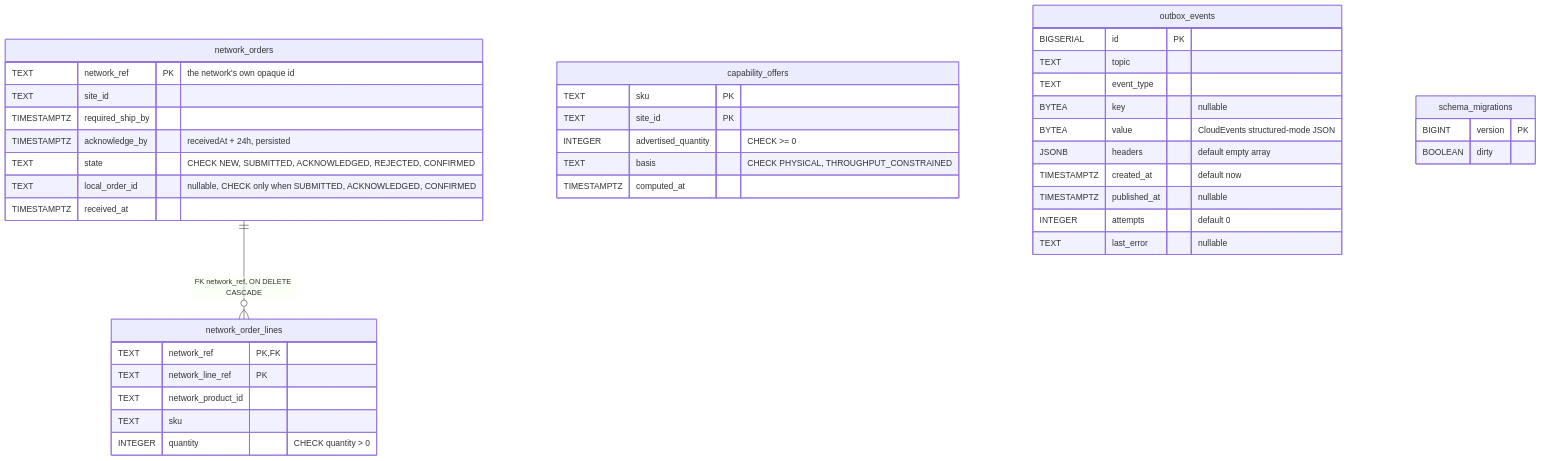
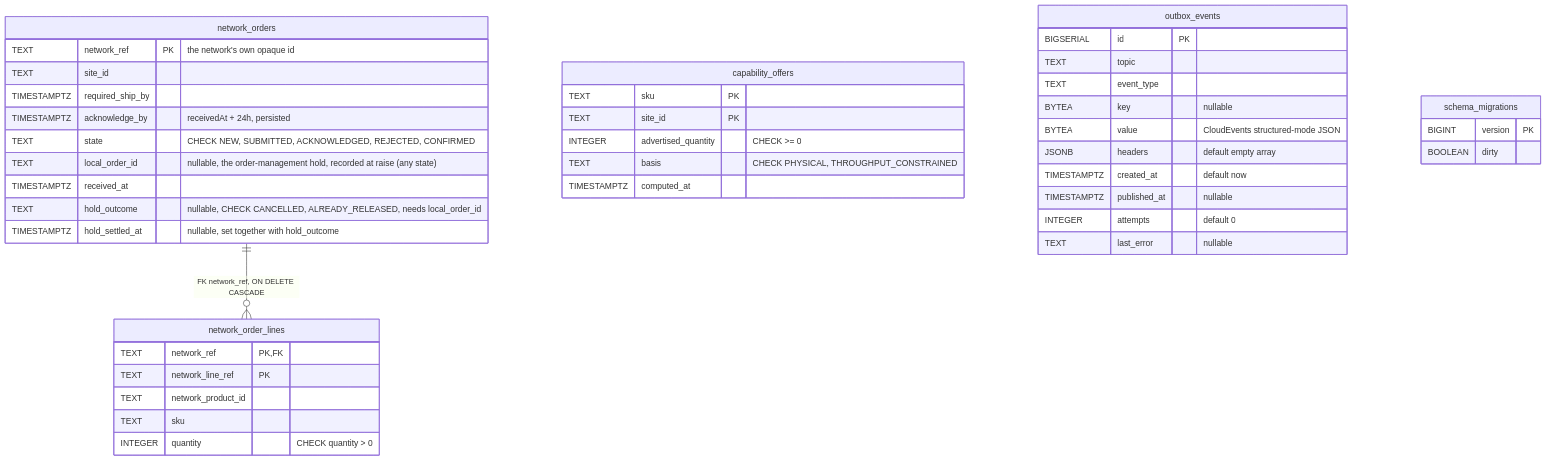
The first of 2 diagrams in docs/contexts/network-fulfillment/entity-relationship.md (IQVO/warehouse-docs), drawn with Mermaid before and after one commit. The commit also changed other lines of this file and 53 other files, not shown here.

````diff
--- a/docs/contexts/network-fulfillment/entity-relationship.md
+++ b/docs/contexts/network-fulfillment/entity-relationship.md
@@ -29,43 +30,45 @@
 ```mermaid
 erDiagram
     network_orders ||--o{ network_order_lines : "FK network_ref, ON DELETE CASCADE"
     network_orders {
         TEXT network_ref PK "the network's own opaque id"
         TEXT site_id
         TIMESTAMPTZ required_ship_by
         TIMESTAMPTZ acknowledge_by "receivedAt + 24h, persisted"
         TEXT state "CHECK NEW, SUBMITTED, ACKNOWLEDGED, REJECTED, CONFIRMED"
-        TEXT local_order_id "nullable, CHECK only when SUBMITTED, ACKNOWLEDGED, CONFIRMED"
+        TEXT local_order_id "nullable, the order-management hold, recorded at raise (any state)"
         TIMESTAMPTZ received_at
+        TEXT hold_outcome "nullable, CHECK CANCELLED, ALREADY_RELEASED, needs local_order_id"
+        TIMESTAMPTZ hold_settled_at "nullable, set together with hold_outcome"
     }
     network_order_lines {
         TEXT network_ref PK,FK
         TEXT network_line_ref PK
         TEXT network_product_id
         TEXT sku
         INTEGER quantity "CHECK quantity > 0"
     }
     capability_offers {
         TEXT sku PK
         TEXT site_id PK
         INTEGER advertised_quantity "CHECK >= 0"
         TEXT basis "CHECK PHYSICAL, THROUGHPUT_CONSTRAINED"
         TIMESTAMPTZ computed_at
     }
     outbox_events {
         BIGSERIAL id PK
         TEXT topic
         TEXT event_type
         BYTEA key "nullable"
         BYTEA value "CloudEvents structured-mode JSON"
         JSONB headers "default empty array"
         TIMESTAMPTZ created_at "default now"
         TIMESTAMPTZ published_at "nullable"
         INTEGER attempts "default 0"
         TEXT last_error "nullable"
     }
     schema_migrations {
         BIGINT version PK
         BOOLEAN dirty
     }
 ```
````
